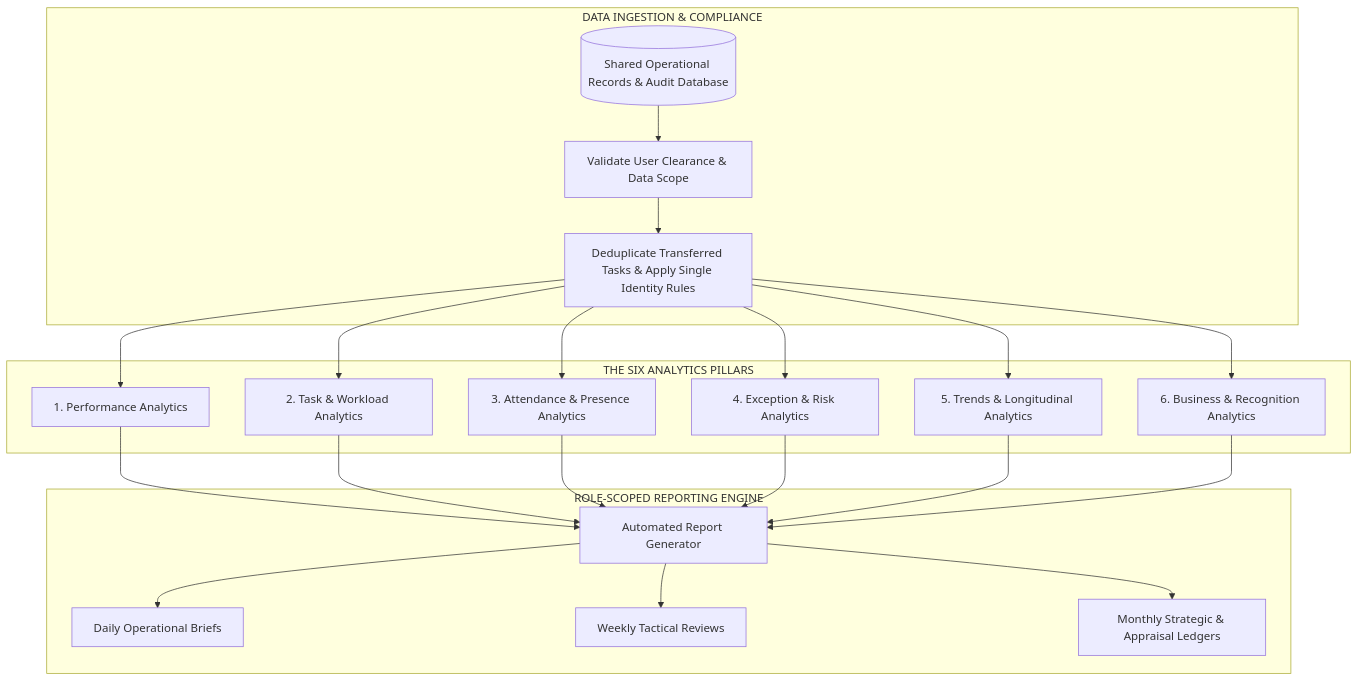
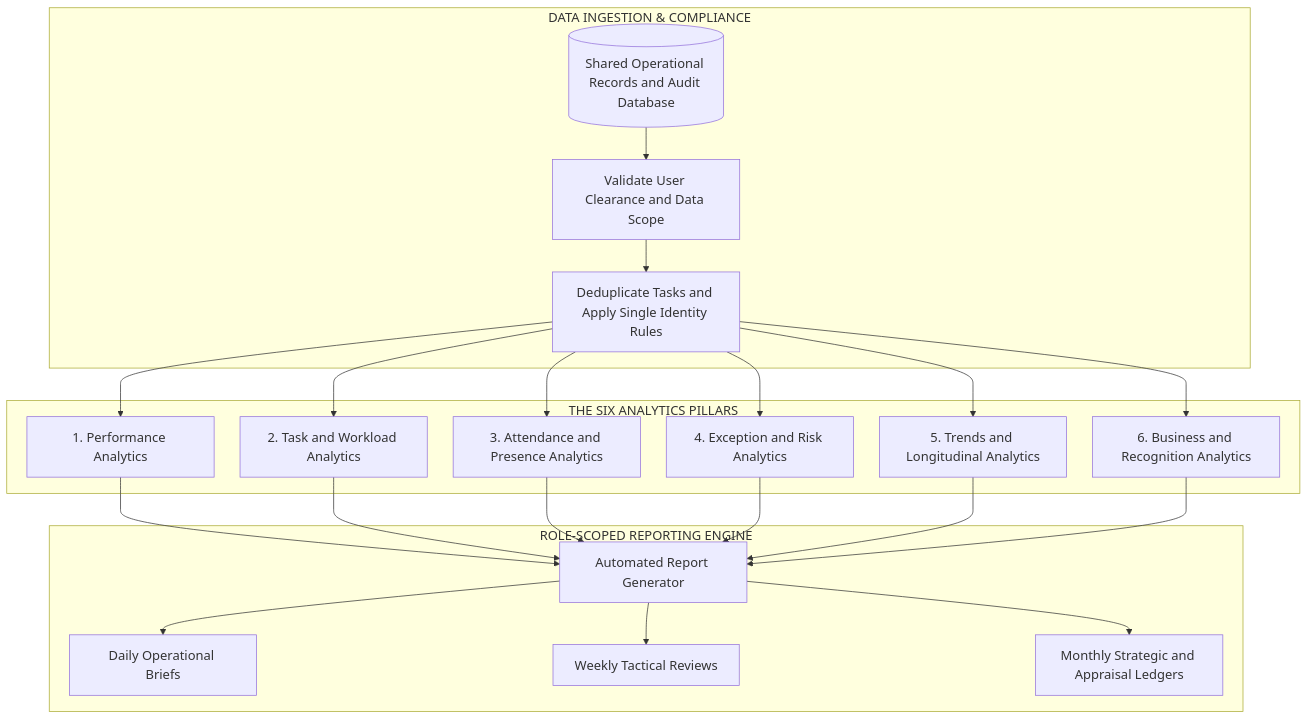
Before and after one commit to manikanta-ciril/internal-operations-tracking-system: the eighth of 10 diagrams in iots-app/documentation/ai-data/codex-design/detailed_documentation_gem.md, drawn with Mermaid. The commit also changed other lines of this file and 1 other file, not shown here.

````diff
--- a/iots-app/documentation/ai-data/codex-design/detailed_documentation_gem.md
+++ b/iots-app/documentation/ai-data/codex-design/detailed_documentation_gem.md
@@ -551,23 +565,29 @@
 ```mermaid
-graph TD
+%%{init: {"themeVariables": {"fontSize": "18px"}, "flowchart": {"nodeSpacing": 36, "rankSpacing": 45}}}%%
+flowchart TD
     subgraph DataIngest["DATA INGESTION & COMPLIANCE"]
-        DB[(Shared Operational Records & Audit Database)] --> ScopeCheck[Validate User Clearance & Data Scope]
-        ScopeCheck --> Deduplicate[Deduplicate Transferred Tasks & Apply Single Identity Rules]
+        DB[("Shared Operational Records and Audit Database")] --> ScopeCheck["Validate User Clearance and Data Scope"]
+        ScopeCheck --> Deduplicate["Deduplicate Tasks and Apply Single Identity Rules"]
     end
 
     subgraph SixPillars["THE SIX ANALYTICS PILLARS"]
-        Deduplicate --> P1[1. Performance Analytics]
-        Deduplicate --> P2[2. Task & Workload Analytics]
-        Deduplicate --> P3[3. Attendance & Presence Analytics]
-        Deduplicate --> P4[4. Exception & Risk Analytics]
-        Deduplicate --> P5[5. Trends & Longitudinal Analytics]
-        Deduplicate --> P6[6. Business & Recognition Analytics]
+        Deduplicate --> P1["1. Performance Analytics"]
+        Deduplicate --> P2["2. Task and Workload Analytics"]
+        Deduplicate --> P3["3. Attendance and Presence Analytics"]
+        Deduplicate --> P4["4. Exception and Risk Analytics"]
+        Deduplicate --> P5["5. Trends and Longitudinal Analytics"]
+        Deduplicate --> P6["6. Business and Recognition Analytics"]
     end
 
     subgraph Outputs["ROLE-SCOPED REPORTING ENGINE"]
-        P1 & P2 & P3 & P4 & P5 & P6 --> ReportEngine[Automated Report Generator]
-        ReportEngine --> RDaily[Daily Operational Briefs]
-        ReportEngine --> RWeekly[Weekly Tactical Reviews]
-        ReportEngine --> RMonthly[Monthly Strategic & Appraisal Ledgers]
+        P1 --> ReportEngine["Automated Report Generator"]
+        P2 --> ReportEngine
+        P3 --> ReportEngine
+        P4 --> ReportEngine
+        P5 --> ReportEngine
+        P6 --> ReportEngine
+        ReportEngine --> RDaily["Daily Operational Briefs"]
+        ReportEngine --> RWeekly["Weekly Tactical Reviews"]
+        ReportEngine --> RMonthly["Monthly Strategic and Appraisal Ledgers"]
     end
 ```
````
